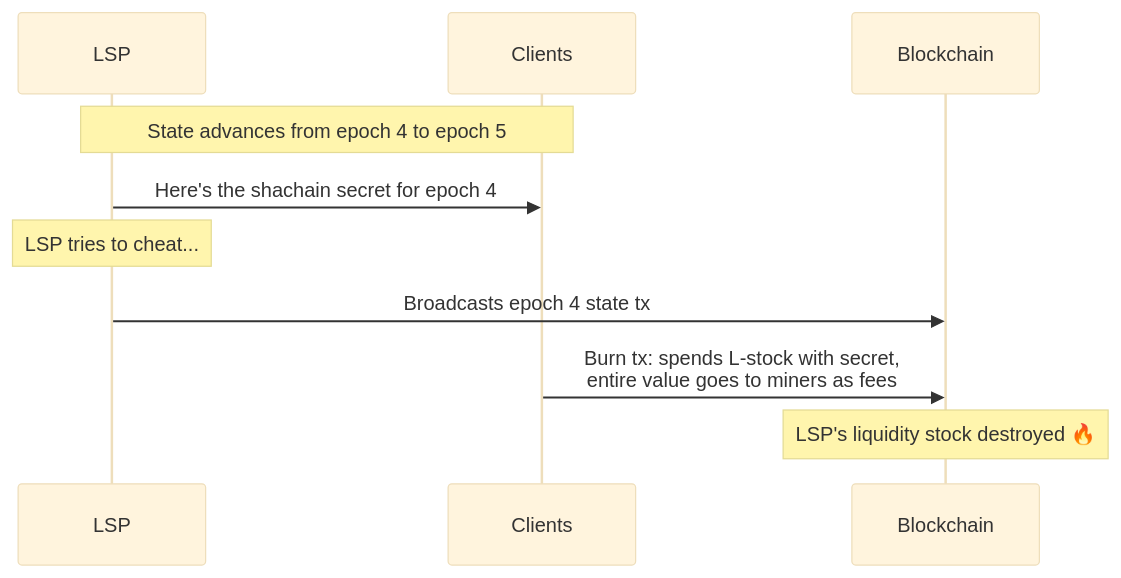
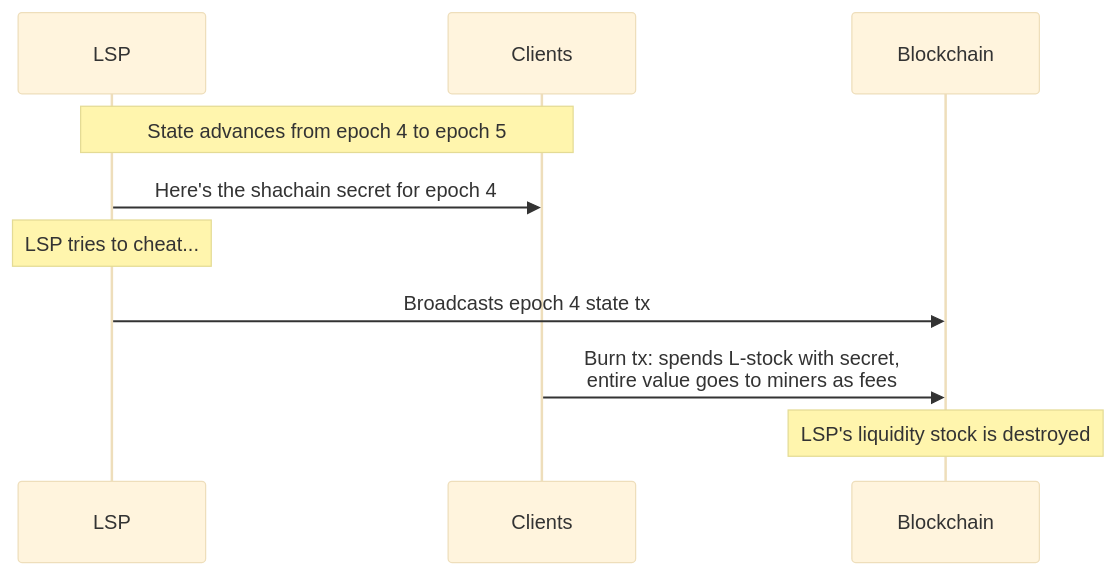
Before and after one commit to 8144225309/superscalar-docs: the second of 3 diagrams in core-concepts/shachain-revocation.md, drawn with Mermaid (base theme). The commit also changed other lines of this file and 31 other files, not shown here.

````diff
--- a/core-concepts/shachain-revocation.md
+++ b/core-concepts/shachain-revocation.md
@@ -42,15 +44,15 @@
 ```mermaid
 sequenceDiagram
     participant LSP
     participant Clients
     participant Chain as Blockchain
 
     Note over LSP,Clients: State advances from epoch 4 to epoch 5
     LSP->>Clients: Here's the shachain secret for epoch 4
 
     Note over LSP: LSP tries to cheat...
     LSP->>Chain: Broadcasts epoch 4 state tx
 
     Clients->>Chain: Burn tx: spends L-stock with secret,<br/>entire value goes to miners as fees
-    Note over Chain: LSP's liquidity stock destroyed 🔥
+    Note over Chain: LSP's liquidity stock is destroyed
 ```
````
